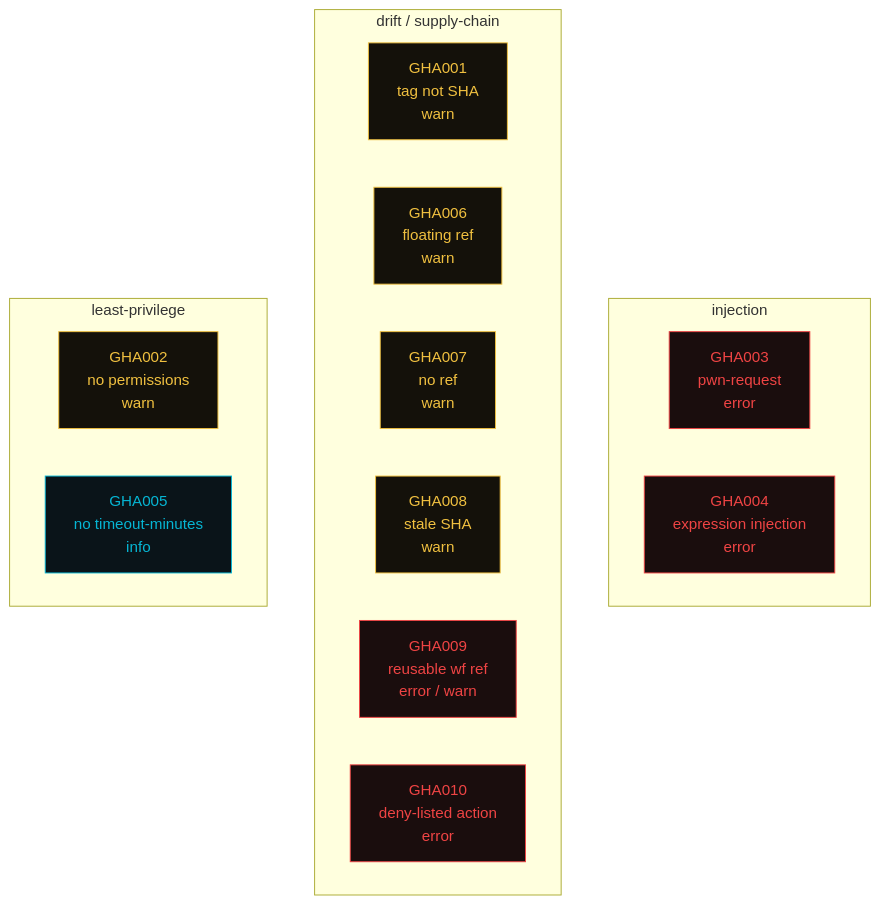
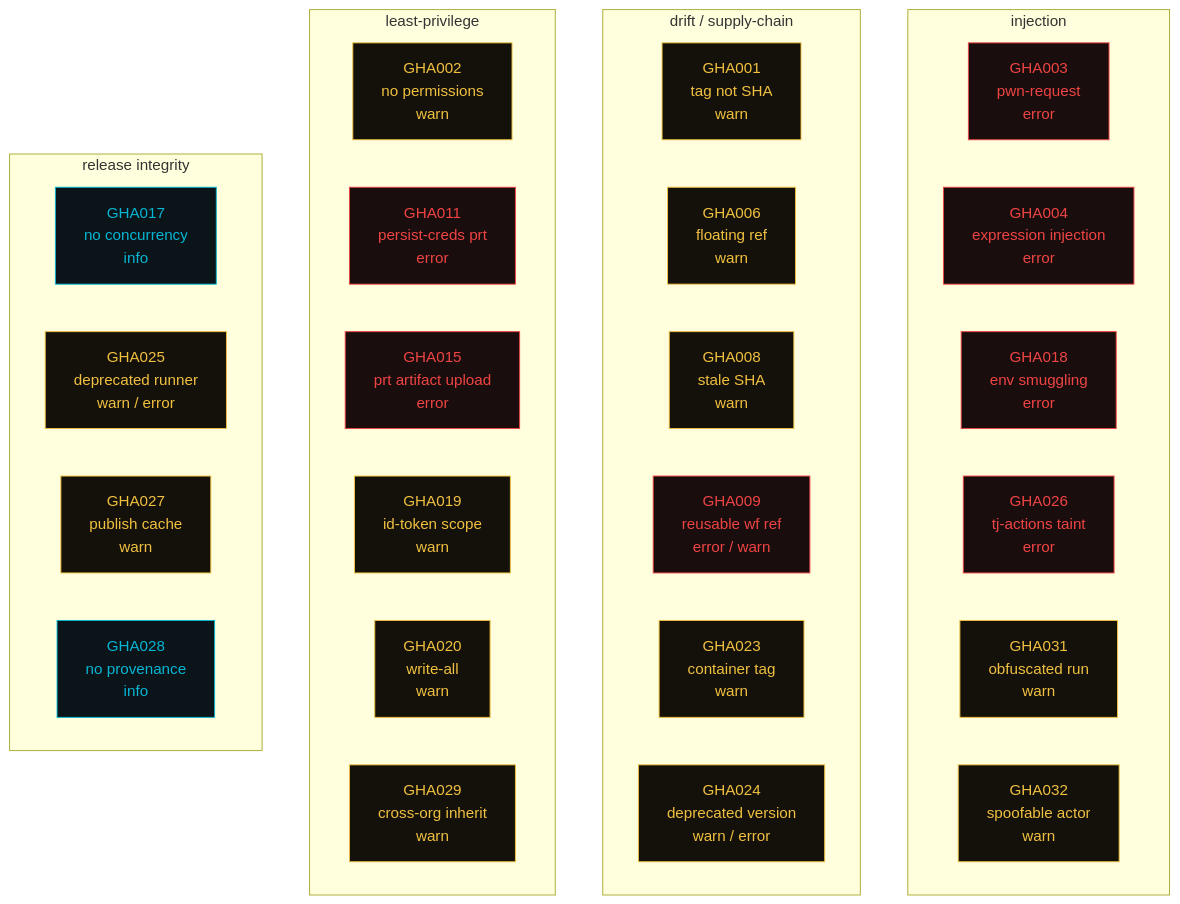
The second of 3 diagrams in README.md (kdairatchi/ghactor), drawn with Mermaid before and after one commit. The commit also changed other lines of this file and 134 other files, not shown here.

````diff
--- a/README.md
+++ b/README.md
@@ -82,29 +92,44 @@
 ```mermaid
 flowchart TB
     subgraph INJ["injection"]
         direction LR
         GHA003["GHA003<br/>pwn-request<br/>error"]
         GHA004["GHA004<br/>expression injection<br/>error"]
+        GHA018["GHA018<br/>env smuggling<br/>error"]
+        GHA026["GHA026<br/>tj-actions taint<br/>error"]
+        GHA031["GHA031<br/>obfuscated run<br/>warn"]
+        GHA032["GHA032<br/>spoofable actor<br/>warn"]
     end
     subgraph PIN["drift / supply-chain"]
         direction LR
         GHA001["GHA001<br/>tag not SHA<br/>warn"]
         GHA006["GHA006<br/>floating ref<br/>warn"]
-        GHA007["GHA007<br/>no ref<br/>warn"]
         GHA008["GHA008<br/>stale SHA<br/>warn"]
         GHA009["GHA009<br/>reusable wf ref<br/>error / warn"]
-        GHA010["GHA010<br/>deny-listed action<br/>error"]
+        GHA023["GHA023<br/>container tag<br/>warn"]
+        GHA024["GHA024<br/>deprecated version<br/>warn / error"]
     end
     subgraph LP["least-privilege"]
         direction LR
         GHA002["GHA002<br/>no permissions<br/>warn"]
-        GHA005["GHA005<br/>no timeout-minutes<br/>info"]
+        GHA011["GHA011<br/>persist-creds prt<br/>error"]
+        GHA015["GHA015<br/>prt artifact upload<br/>error"]
+        GHA019["GHA019<br/>id-token scope<br/>warn"]
+        GHA020["GHA020<br/>write-all<br/>warn"]
+        GHA029["GHA029<br/>cross-org inherit<br/>warn"]
+    end
+    subgraph REL["release integrity"]
+        direction LR
+        GHA017["GHA017<br/>no concurrency<br/>info"]
+        GHA025["GHA025<br/>deprecated runner<br/>warn / error"]
+        GHA027["GHA027<br/>publish cache<br/>warn"]
+        GHA028["GHA028<br/>no provenance<br/>info"]
     end
 
     classDef err fill:#1a0d0d,stroke:#ef4444,color:#ef4444
     classDef warn fill:#14110a,stroke:#f0c040,color:#f0c040
     classDef info fill:#0a1419,stroke:#06b6d4,color:#06b6d4
-    class GHA003,GHA004,GHA009,GHA010 err
-    class GHA001,GHA002,GHA006,GHA007,GHA008 warn
-    class GHA005 info
+    class GHA003,GHA004,GHA009,GHA011,GHA015,GHA018,GHA026 err
+    class GHA001,GHA002,GHA006,GHA008,GHA019,GHA020,GHA023,GHA024,GHA025,GHA027,GHA029,GHA031,GHA032 warn
+    class GHA017,GHA028 info
 ```
````
